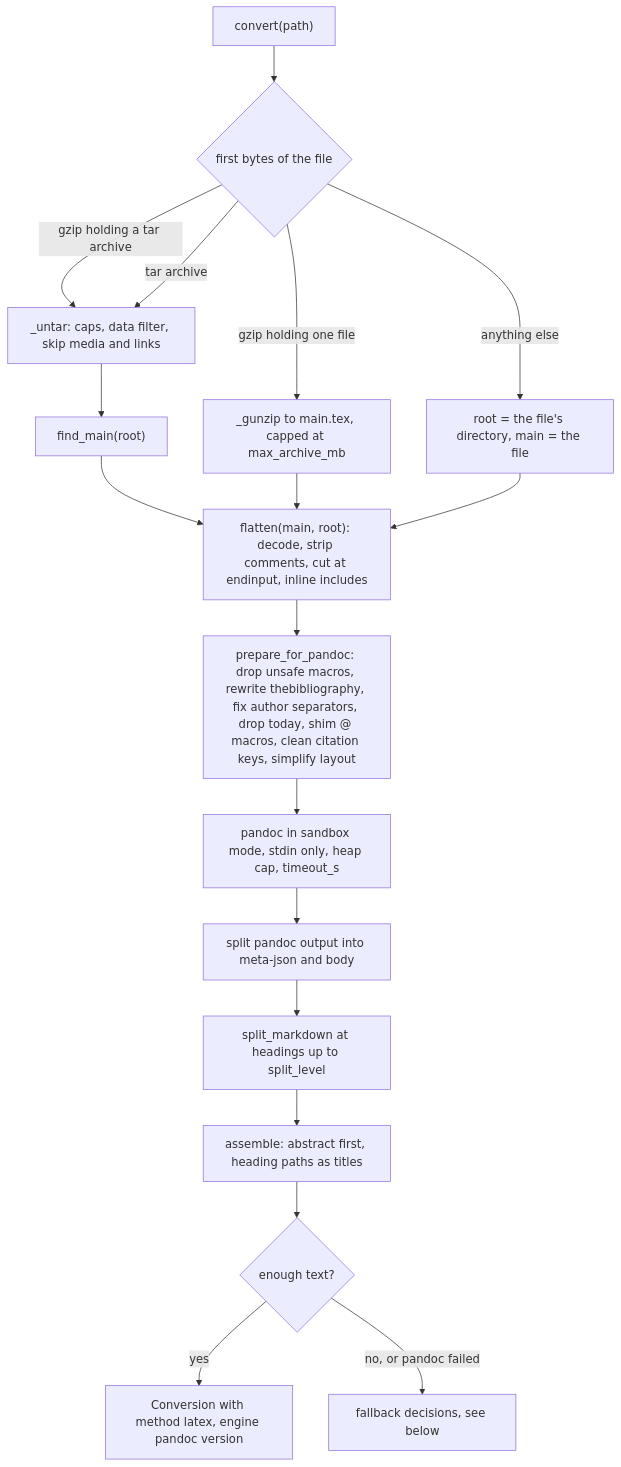
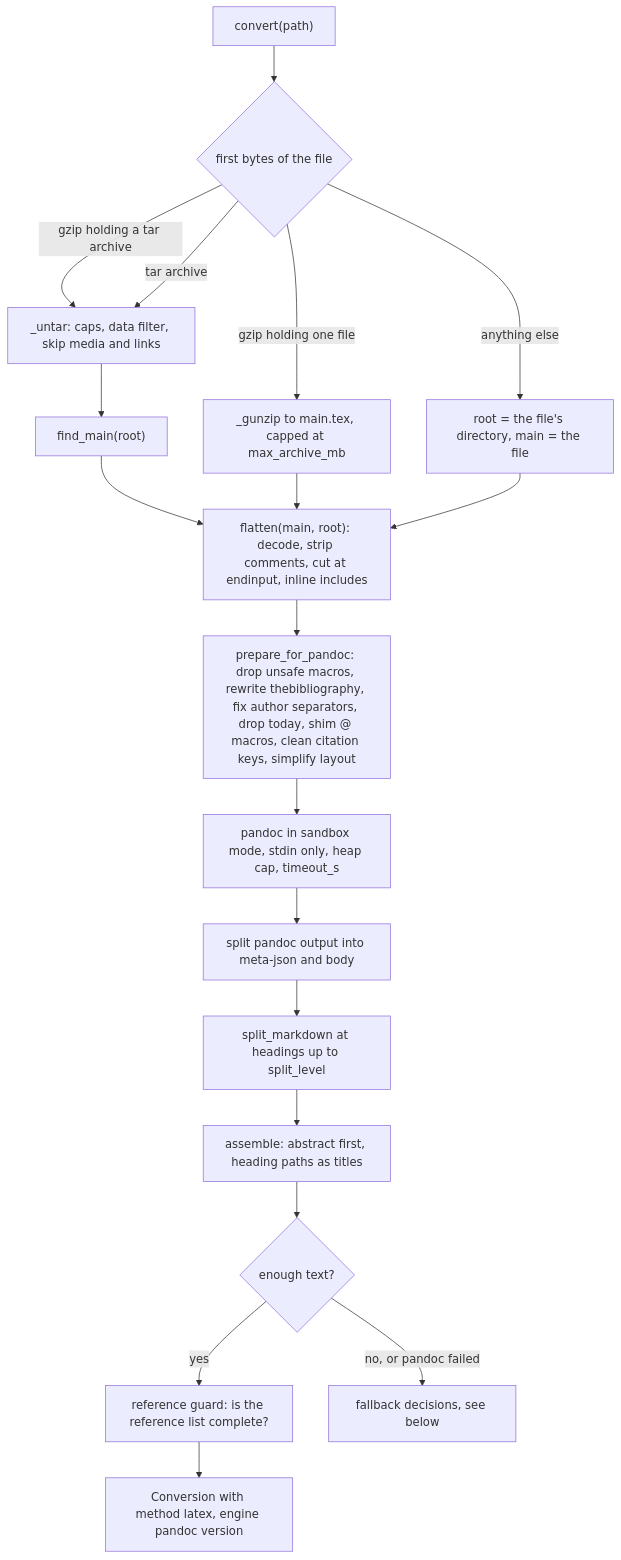
One commit to LaloAsetsu/research-engine changed the second of 4 diagrams in packages/docingest/src/docingest/adapters/converters/README.md. Above: the diagram before and after it, drawn with Mermaid. The commit also changed other lines of this file and 8 other files, not shown here.

First line of the commit message:
docs(latex): describe the section fallback and the reference guard

````diff
--- a/packages/docingest/src/docingest/adapters/converters/README.md
+++ b/packages/docingest/src/docingest/adapters/converters/README.md
@@ -127,20 +129,21 @@
 ```mermaid
 flowchart TD
     IN["convert(path)"] --> SNIFF{"first bytes of the file"}
     SNIFF -->|"gzip holding a tar archive"| UNTAR["_untar: caps, data filter, skip media and links"]
     SNIFF -->|"tar archive"| UNTAR
     SNIFF -->|"gzip holding one file"| GUNZIP["_gunzip to main.tex, capped at max_archive_mb"]
     SNIFF -->|"anything else"| PLAIN["root = the file's directory, main = the file"]
     UNTAR --> FIND["find_main(root)"]
     FIND --> FLAT["flatten(main, root): decode, strip comments, cut at endinput, inline includes"]
     GUNZIP --> FLAT
     PLAIN --> FLAT
     FLAT --> PREP["prepare_for_pandoc: drop unsafe macros, rewrite thebibliography, fix author separators, drop today, shim @ macros, clean citation keys, simplify layout"]
     PREP --> PANDOC["pandoc in sandbox mode, stdin only, heap cap, timeout_s"]
     PANDOC --> META["split pandoc output into meta-json and body"]
     META --> SPLIT["split_markdown at headings up to split_level"]
     SPLIT --> ASM["assemble: abstract first, heading paths as titles"]
     ASM --> CHECK{"enough text?"}
-    CHECK -->|"yes"| OUT["Conversion with method latex, engine pandoc version"]
+    CHECK -->|"yes"| GUARD["reference guard: is the reference list complete?"]
+    GUARD --> OUT["Conversion with method latex, engine pandoc version"]
     CHECK -->|"no, or pandoc failed"| FB["fallback decisions, see below"]
 ```
````
